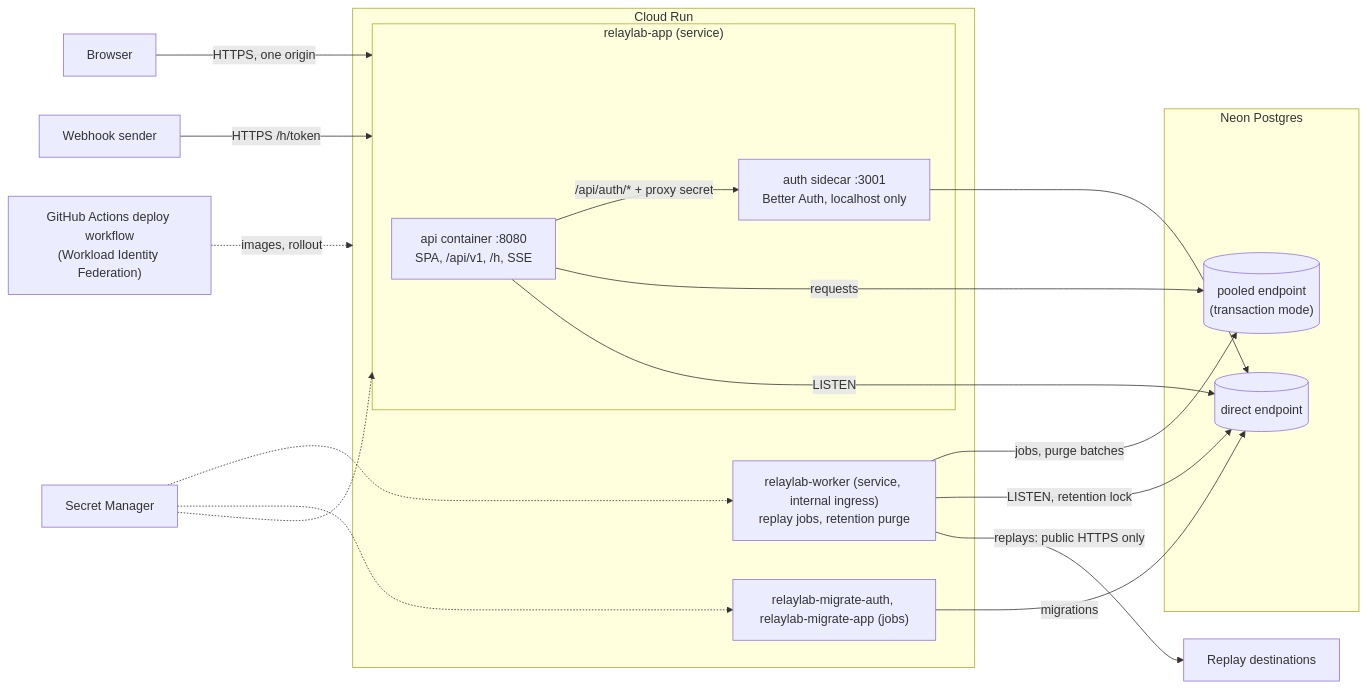
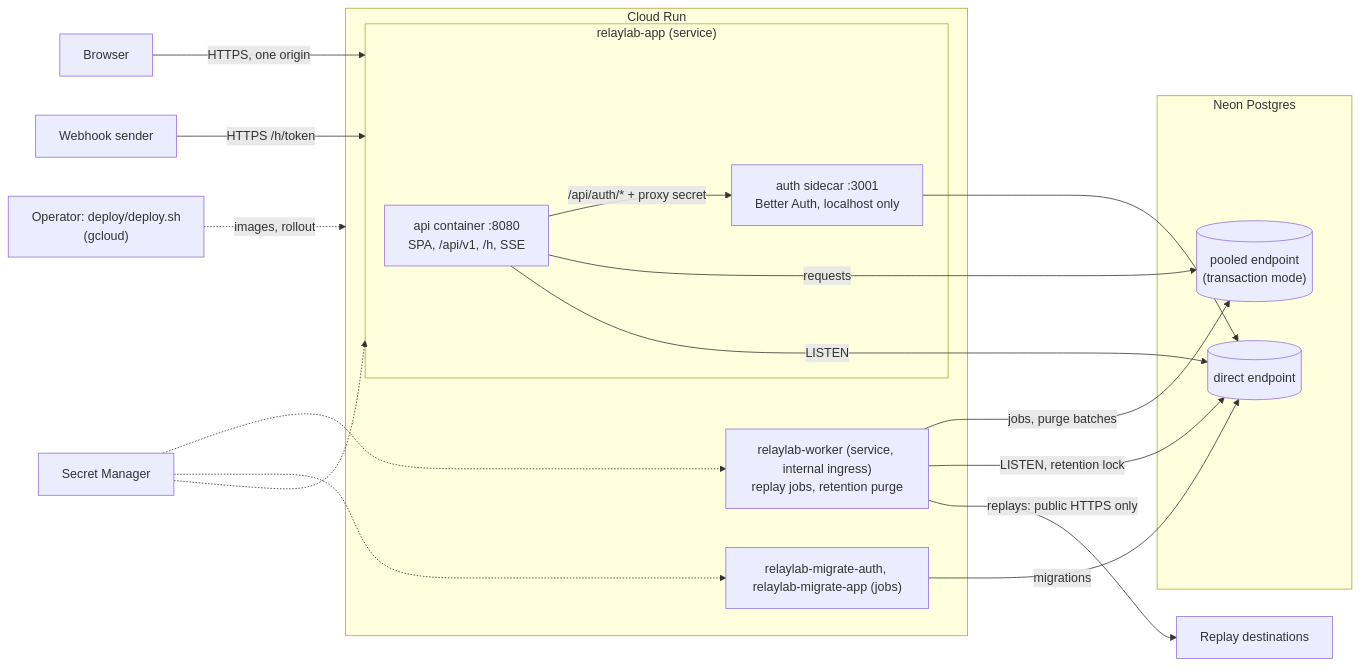
One commit to yasineh/relaylab-app changed the diagram in docs/deployment.md. Above: the diagram before and after it, drawn with Mermaid. The commit also changed other lines of this file and 16 other files, not shown here.

Commit message:
Remove the GitHub Actions workflows: the merge gate is documented local checks, and deploy/deploy.sh replaces the deploy workflow

````diff
--- a/docs/deployment.md
+++ b/docs/deployment.md
@@ -14,27 +14,27 @@
 ```mermaid
 flowchart LR
   browser["Browser"] -->|HTTPS, one origin| app
   sender["Webhook sender"] -->|HTTPS /h/token| app
   subgraph run["Cloud Run"]
     subgraph app["relaylab-app (service)"]
       api["api container :8080<br/>SPA, /api/v1, /h, SSE"]
       auth["auth sidecar :3001<br/>Better Auth, localhost only"]
       api -->|/api/auth/* + proxy secret| auth
     end
     worker["relaylab-worker (service, internal ingress)<br/>replay jobs, retention purge"]
     jobs["relaylab-migrate-auth, relaylab-migrate-app (jobs)"]
   end
   subgraph neon["Neon Postgres"]
     pooled[("pooled endpoint<br/>(transaction mode)")]
     direct[("direct endpoint")]
   end
   api -->|requests| pooled
   api -->|LISTEN| direct
   worker -->|jobs, purge batches| pooled
   worker -->|LISTEN, retention lock| direct
   auth --> direct
   jobs -->|migrations| direct
   worker -->|replays: public HTTPS only| dest["Replay destinations"]
   secrets["Secret Manager"] -.-> app & worker & jobs
-  gha["GitHub Actions deploy workflow<br/>(Workload Identity Federation)"] -.->|images, rollout| run
+  op["Operator: deploy/deploy.sh<br/>(gcloud)"] -.->|images, rollout| run
 ```
````
